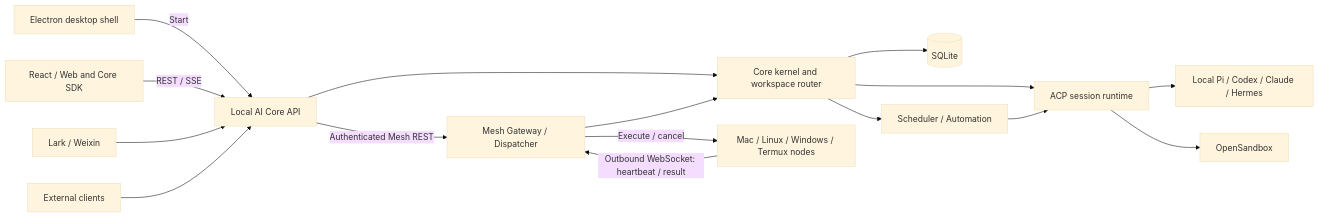
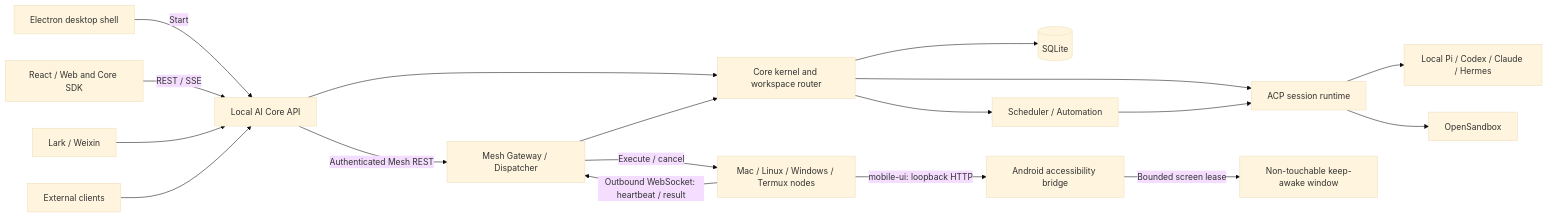
The diagram in docs/architecture/overview.md (helloimcx/agentdock), drawn with Mermaid (base theme) before and after one commit. The commit also changed other lines of this file and 33 other files, not shown here.

Commit message:
Add bounded Android screen keep-awake

````diff
--- a/docs/architecture/overview.md
+++ b/docs/architecture/overview.md
@@ -22,18 +22,20 @@
 ```mermaid
 flowchart LR
   electron[Electron desktop shell] -->|Start| api[Local AI Core API]
   renderer[React / Web and Core SDK] -->|REST / SSE| api
   channels[Lark / Weixin] --> api
   external[External clients] --> api
   api --> kernel[Core kernel and workspace router]
   kernel --> sqlite[(SQLite)]
   kernel --> acp[ACP session runtime]
   kernel --> scheduler[Scheduler / Automation]
   scheduler --> acp
   acp --> agents[Local Pi / Codex / Claude / Hermes]
   acp --> sandbox[OpenSandbox]
   api -->|Authenticated Mesh REST| mesh[Mesh Gateway / Dispatcher]
   mesh --> kernel
   nodes[Mac / Linux / Windows / Termux nodes] -->|Outbound WebSocket: heartbeat / result| mesh
   mesh -->|Execute / cancel| nodes
+  nodes -->|mobile-ui: loopback HTTP| a11y[Android accessibility bridge]
+  a11y -->|Bounded screen lease| screen[Non-touchable keep-awake window]
 ```
````
